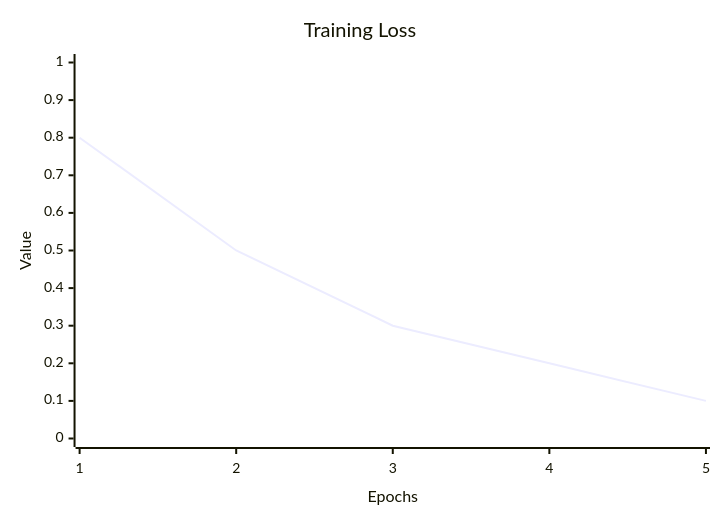
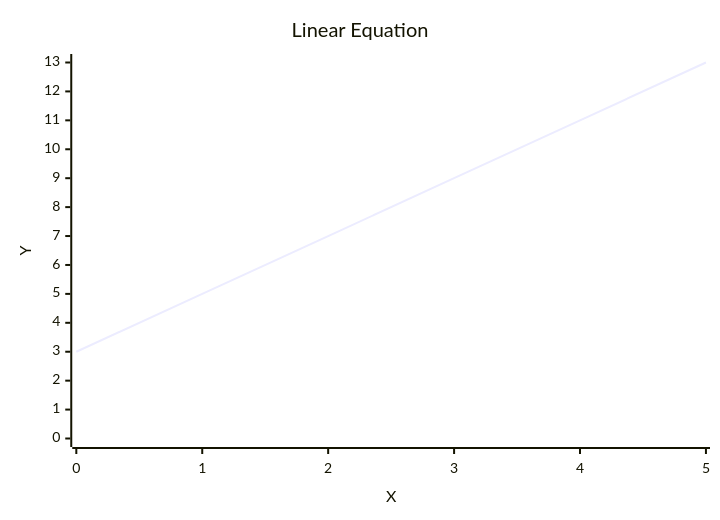
One commit to Palash90/build-your-own-nn changed the diagram in README.md. Above: the diagram before and after it, drawn with Mermaid. The commit also changed other lines of this file, not shown here.

````diff
--- a/README.md
+++ b/README.md
@@ -1337,8 +1346,8 @@
 ```mermaid
 xychart-beta
-    title "Training Loss"
-    x-axis "Epochs" [1, 2, 3, 4, 5]
-    y-axis "Value" 0 --> 1
-    line [0.8, 0.5, 0.3, 0.2, 0.1]
+    title "Linear Equation"
+    x-axis "X" [0, 1, 2, 3, 4, 5]
+    y-axis "Y" 0 --> 13
+    line [3, 5, 7, 9, 11, 13]
 
 ```
````
